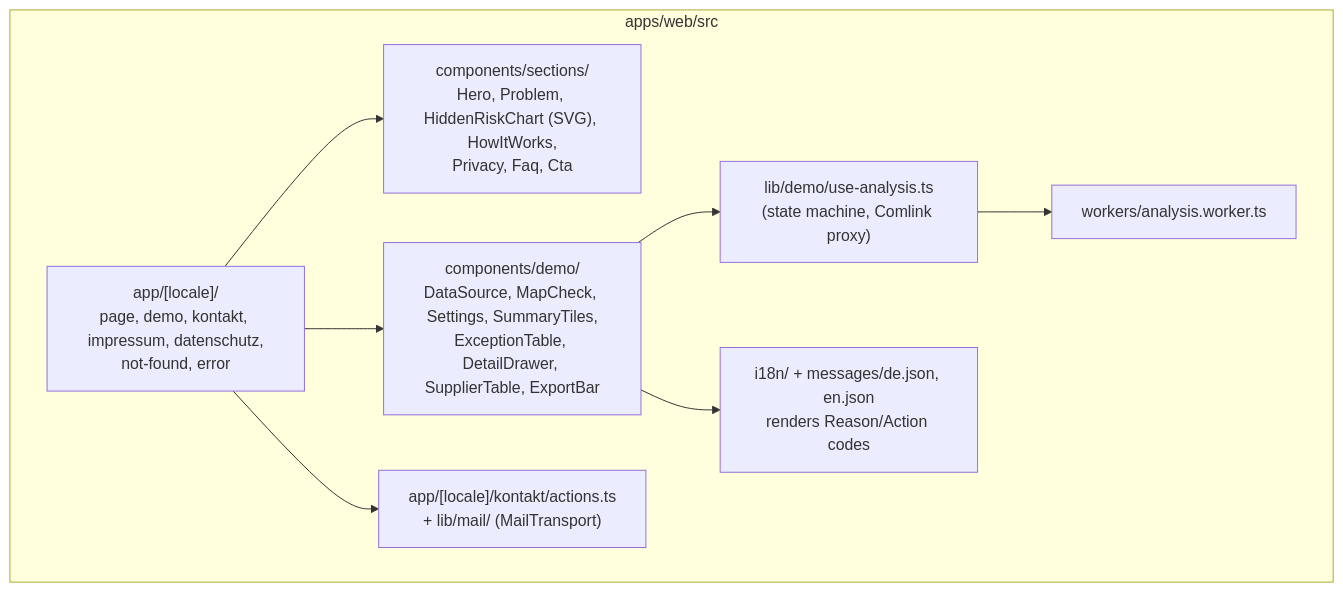
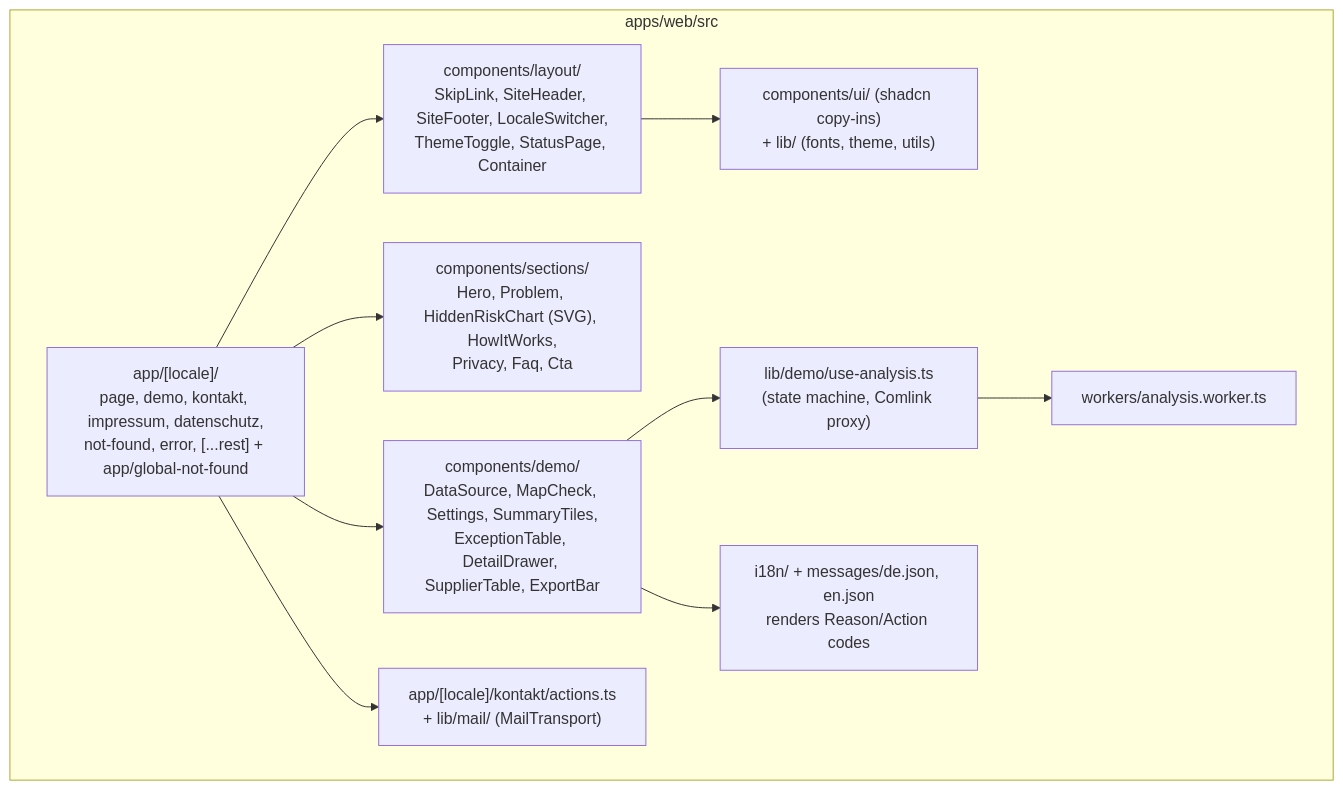
The seventh of 10 diagrams in docs/architecture/README.md (Sodabeh-Taherpanah/vorchain_project), drawn with Mermaid before and after one commit. The commit also changed 46 other files, not shown here.

First line of the commit message:
feat(web): design tokens, fonts, layout, dark mode and error pages (#16)

````diff
--- a/docs/architecture/README.md
+++ b/docs/architecture/README.md
@@ -157,16 +157,19 @@
 ```mermaid
 flowchart TB
   subgraph web["apps/web/src"]
-    routes["app/[locale]/<br/>page, demo, kontakt, impressum, datenschutz,<br/>not-found, error"]
+    routes["app/[locale]/<br/>page, demo, kontakt, impressum, datenschutz,<br/>not-found, error, [...rest] + app/global-not-found"]
+    layout["components/layout/<br/>SkipLink, SiteHeader, SiteFooter, LocaleSwitcher,<br/>ThemeToggle, StatusPage, Container"]
+    ui["components/ui/ (shadcn copy-ins)<br/>+ lib/ (fonts, theme, utils)"]
     sections["components/sections/<br/>Hero, Problem, HiddenRiskChart (SVG), HowItWorks,<br/>Privacy, Faq, Cta"]
     demo["components/demo/<br/>DataSource, MapCheck, Settings, SummaryTiles,<br/>ExceptionTable, DetailDrawer, SupplierTable, ExportBar"]
     hooks["lib/demo/use-analysis.ts<br/>(state machine, Comlink proxy)"]
     workerf["workers/analysis.worker.ts"]
     i18n["i18n/ + messages/de.json, en.json<br/>renders Reason/Action codes"]
     contact["app/[locale]/kontakt/actions.ts<br/>+ lib/mail/ (MailTransport)"]
   end
+  routes --> layout --> ui
   routes --> sections & demo
   demo --> hooks --> workerf
   demo --> i18n
   routes --> contact
 ```
````
